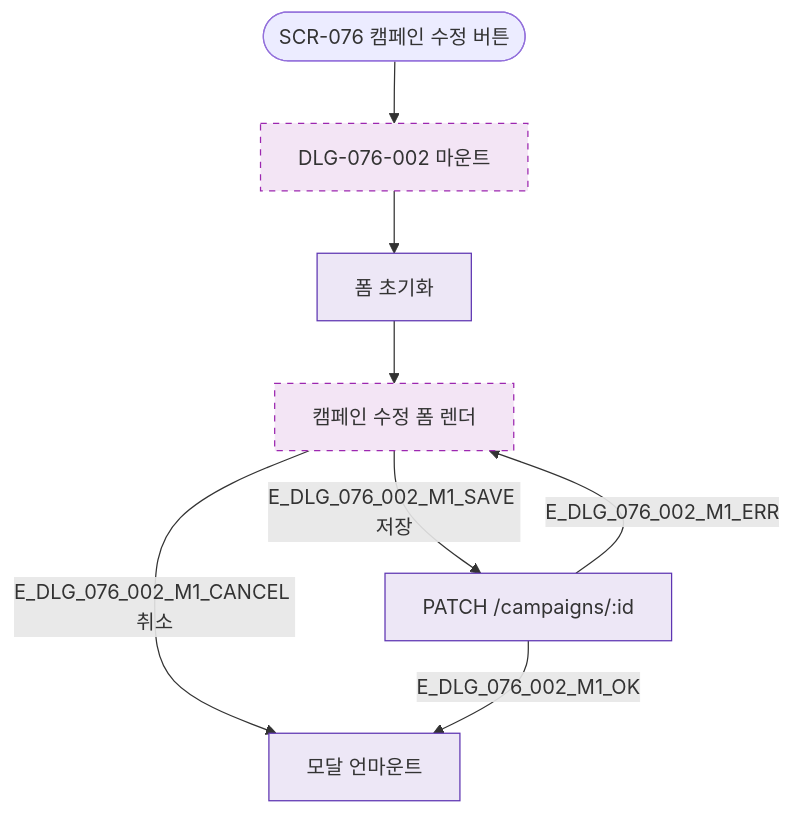
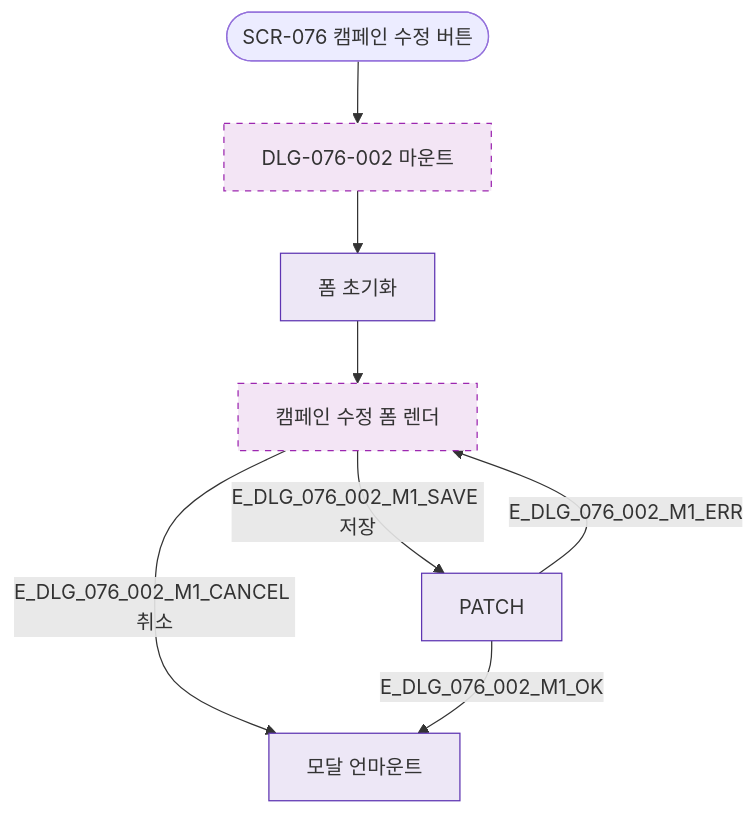
The diagram in docs/다이어그램/D08_마케팅/DLG/DLG-076-002/M1_모달생명주기.md (dev-spogym/admin-pando), drawn with Mermaid before and after one commit. The commit also changed other lines of this file and 1660 other files, not shown here.

First line of the commit message:
다이어그램: 기획자/클라이언트 납품본으로 정리

````diff
--- a/docs/다이어그램/D08_마케팅/DLG/DLG-076-002/M1_모달생명주기.md
+++ b/docs/다이어그램/D08_마케팅/DLG/DLG-076-002/M1_모달생명주기.md
@@ -14,16 +12,16 @@
 ```mermaid
 flowchart TD
   TRIGGER([SCR-076 캠페인 수정 버튼]) --> OPEN[DLG-076-002 마운트]
   OPEN --> INIT[폼 초기화]
   INIT --> RENDER[캠페인 수정 폼 렌더]
-  RENDER -->|E_DLG_076_002_M1_SAVE 저장| SUBMIT[PATCH /campaigns/:id]
-  RENDER -->|E_DLG_076_002_M1_CANCEL 취소| UNMOUNT[모달 언마운트]
-  SUBMIT -->|E_DLG_076_002_M1_OK| UNMOUNT
-  SUBMIT -->|E_DLG_076_002_M1_ERR| RENDER
+  RENDER -->|E_DLG_076_002_M1_SAVE 저장|SUBMIT[PATCH]
+  RENDER -->|E_DLG_076_002_M1_CANCEL 취소|UNMOUNT[모달 언마운트]
+  SUBMIT -->|E_DLG_076_002_M1_OK|UNMOUNT
+  SUBMIT -->|E_DLG_076_002_M1_ERR|RENDER
 
   classDef newFeature fill:#F3E5F5,stroke:#9C27B0,stroke-dasharray:5 5
-  classDef system     fill:#EDE7F6,stroke:#5E35B2
+  classDef system fill:#EDE7F6,stroke:#5E35B2
 
   class OPEN,RENDER newFeature
   class INIT,SUBMIT,UNMOUNT system
 ```
````
